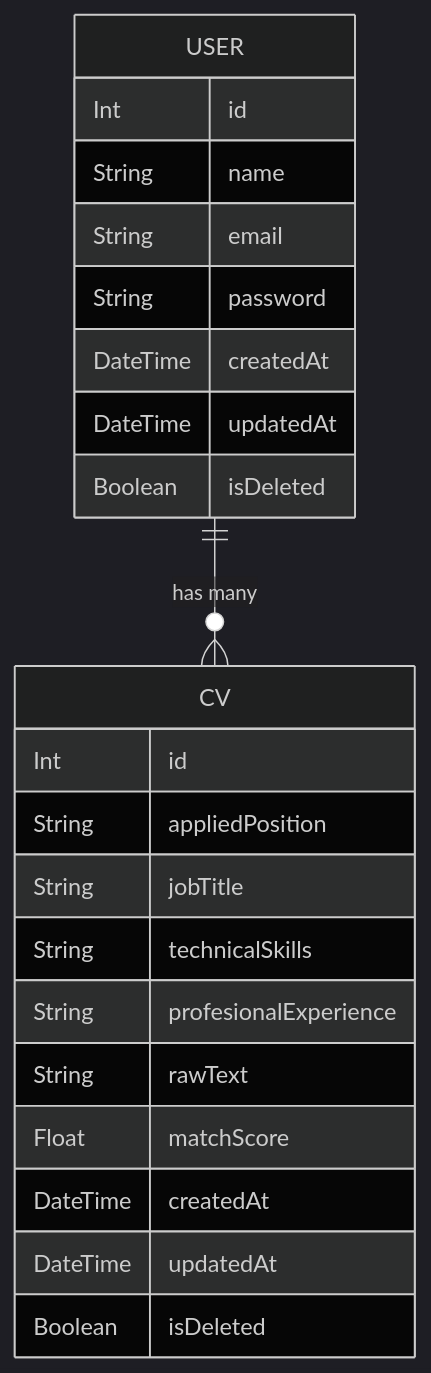
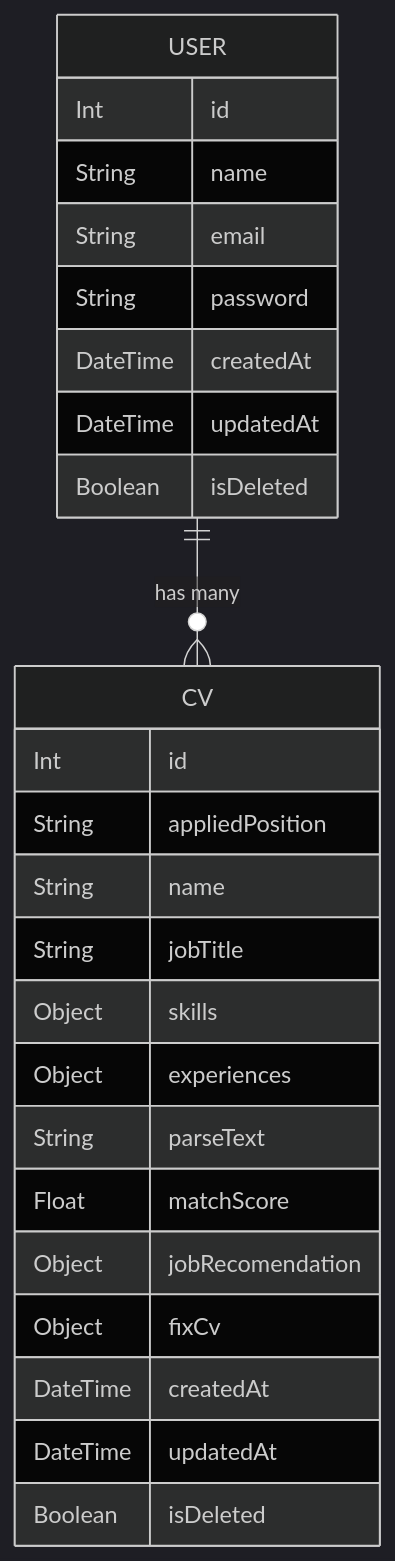
Before and after one commit to christian-siahaan26/be-dicoding-cv: the second of 2 diagrams in README.md, drawn with Mermaid (dark theme). The commit also changed other lines of this file and 1 other file, not shown here.

Commit message:
Fix swagger and README

````diff
--- a/README.md
+++ b/README.md
@@ -103,27 +99,30 @@
 ```mermaid
 erDiagram
     USER {
         Int id
         String name
         String email
         String password
         DateTime createdAt
         DateTime updatedAt
         Boolean isDeleted
     }
 
     CV {
         Int id
         String appliedPosition
+        String name
         String jobTitle
-        String technicalSkills
-        String profesionalExperience
-        String rawText
+        Object skills
+        Object experiences
+        String parseText
         Float matchScore
+        Object jobRecomendation
+        Object fixCv
         DateTime createdAt
         DateTime updatedAt
         Boolean isDeleted
     }
 
     USER ||--o{ CV : "has many"
 ```
````
